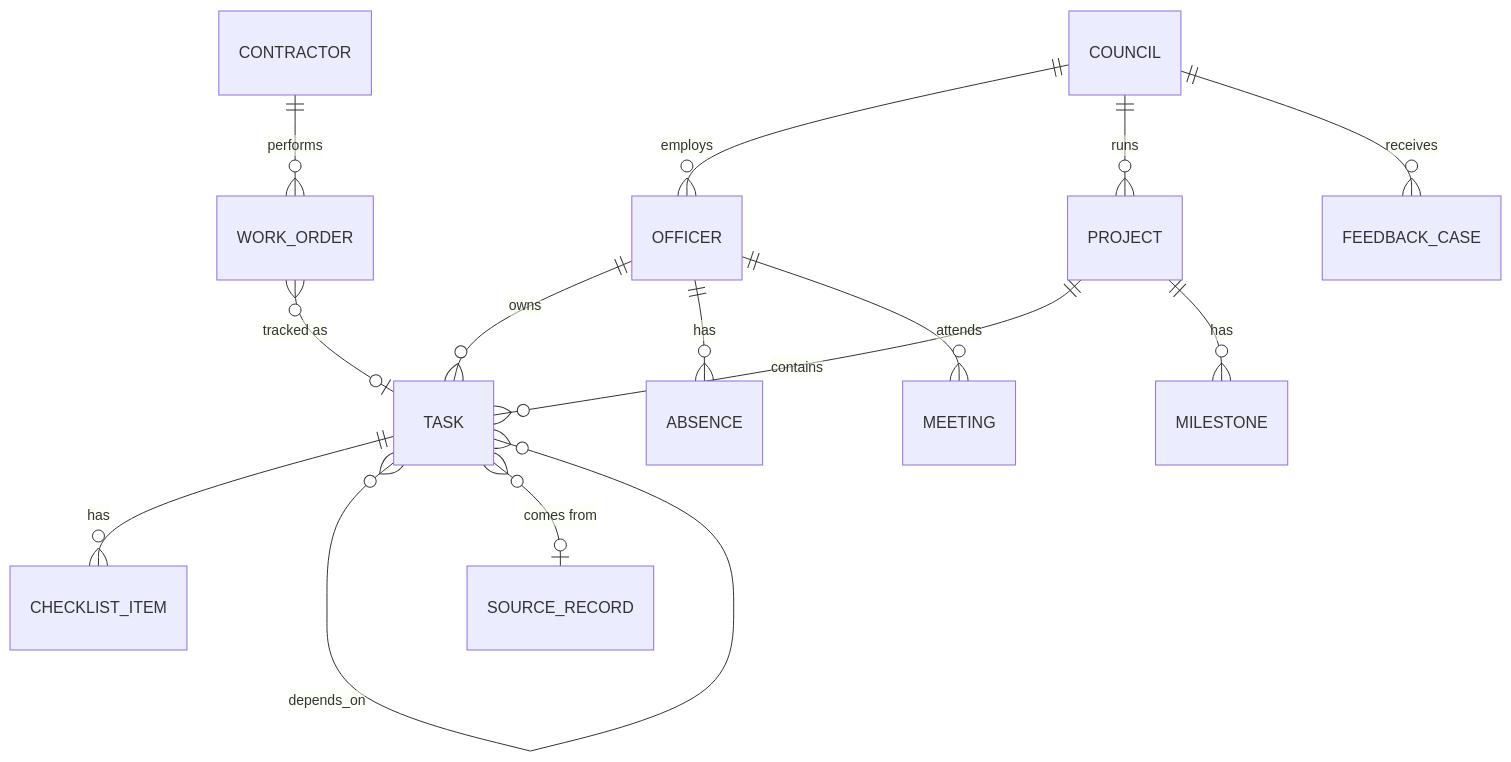
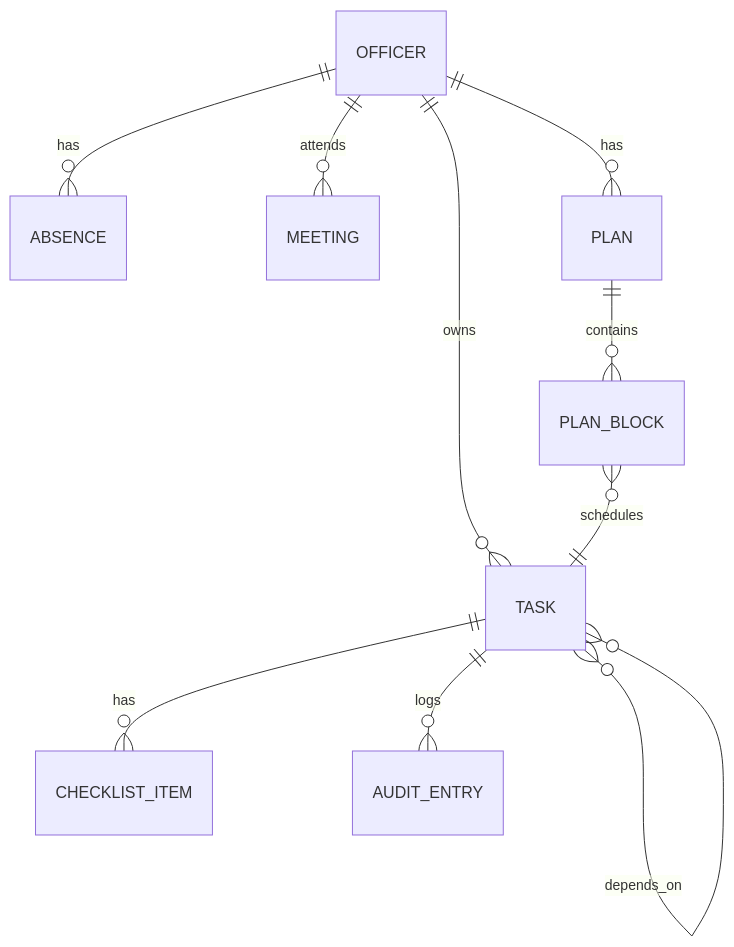
One commit to feliciatanxl/SyncAI changed the second of 4 diagrams in docs/architecture.md. Above: the diagram before and after it, drawn with Mermaid. The commit also changed other lines of this file and 6 other files, not shown here.

````diff
--- a/docs/architecture.md
+++ b/docs/architecture.md
@@ -105,16 +76,12 @@
 ```mermaid
 erDiagram
-  COUNCIL ||--o{ OFFICER : employs
-  COUNCIL ||--o{ PROJECT : runs
-  PROJECT ||--o{ TASK : contains
   OFFICER ||--o{ TASK : owns
-  TASK ||--o{ CHECKLIST_ITEM : has
-  TASK }o--o{ TASK : depends_on
   OFFICER ||--o{ ABSENCE : has
   OFFICER ||--o{ MEETING : attends
-  TASK }o--o| SOURCE_RECORD : "comes from"
-  PROJECT ||--o{ MILESTONE : has
-  COUNCIL ||--o{ FEEDBACK_CASE : receives
-  CONTRACTOR ||--o{ WORK_ORDER : performs
-  WORK_ORDER }o--o| TASK : "tracked as"
+  TASK }o--o{ TASK : depends_on
+  TASK ||--o{ CHECKLIST_ITEM : has
+  OFFICER ||--o{ PLAN : has
+  PLAN ||--o{ PLAN_BLOCK : contains
+  PLAN_BLOCK }o--|| TASK : schedules
+  TASK ||--o{ AUDIT_ENTRY : logs
 ```
````
